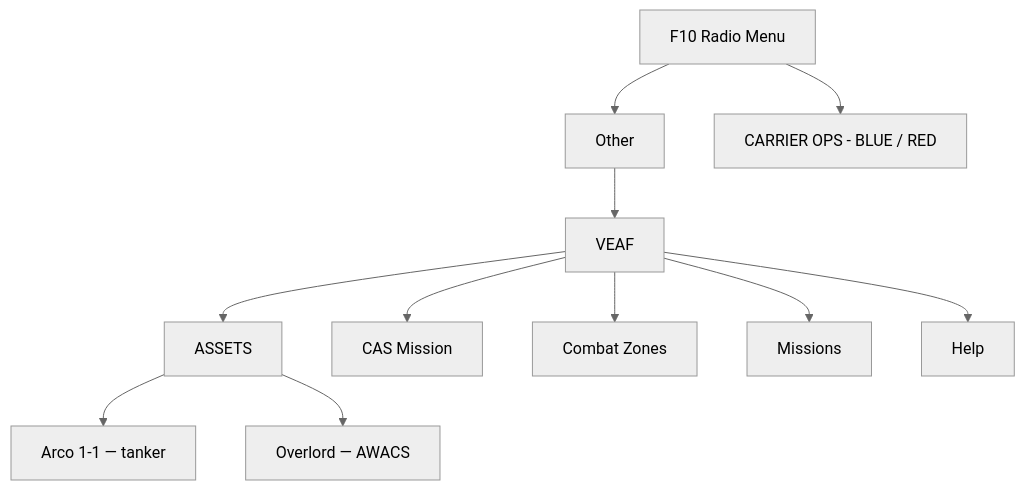
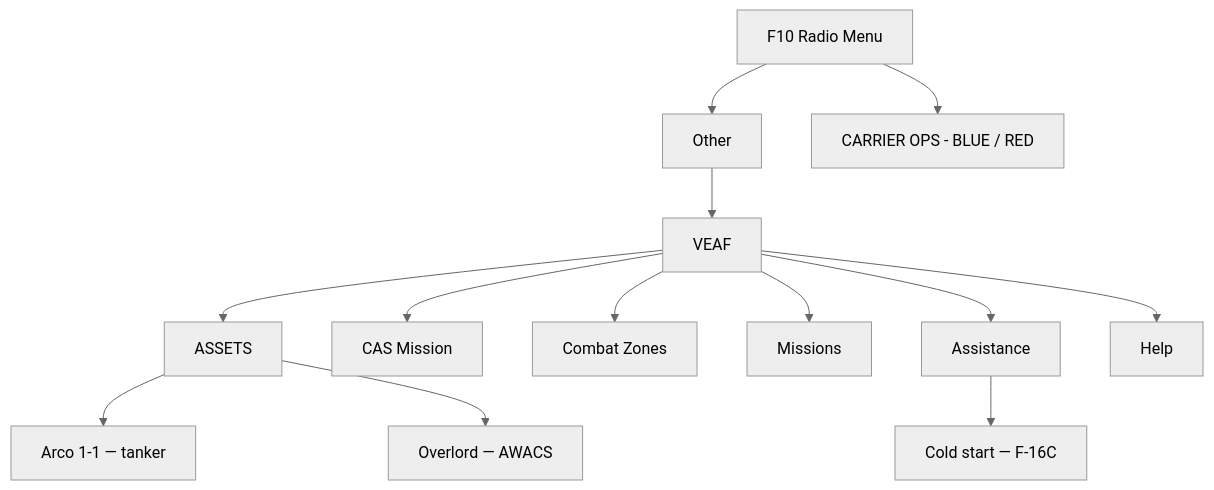
One commit to VEAF/VEAF-Mission-Creation-Tools changed the diagram in doc/pilot/GUIDE.en.md. Above: the diagram before and after it, drawn with Mermaid (neutral theme). The commit also changed other lines of this file and 12 other files, not shown here.

````diff
--- a/doc/pilot/GUIDE.en.md
+++ b/doc/pilot/GUIDE.en.md
@@ -52,12 +52,14 @@
 ```mermaid
 graph TD
     F10[F10 Radio Menu] --> Other[Other] --> VEAF[VEAF]
     VEAF --> Res[ASSETS]
     VEAF --> CAS[CAS Mission]
     VEAF --> CZ[Combat Zones]
     VEAF --> Miss[Missions]
+    VEAF --> Assist[Assistance]
     VEAF --> Help[Help]
+    Assist --> AS1["Cold start — F-16C"]
     Res --> A1["Arco 1-1 — tanker"]
     Res --> A2["Overlord — AWACS"]
     F10 --> Carrier["CARRIER OPS - BLUE / RED"]
 ```
````
